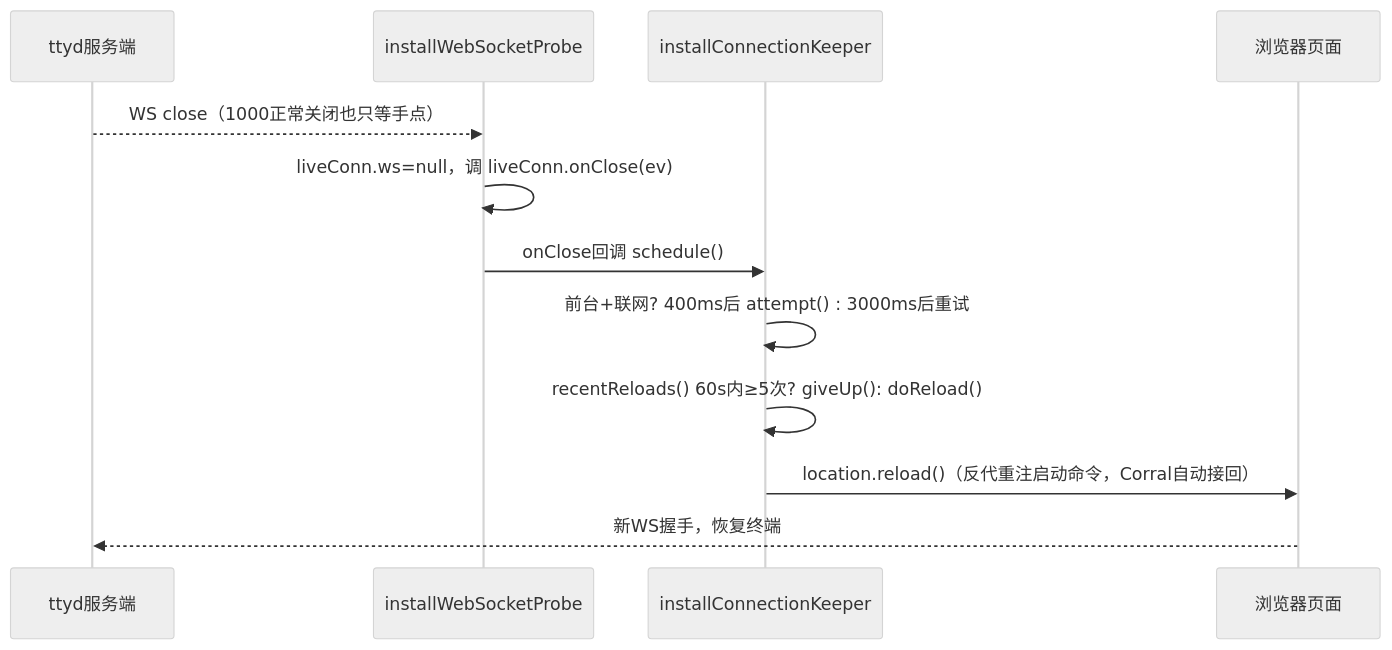
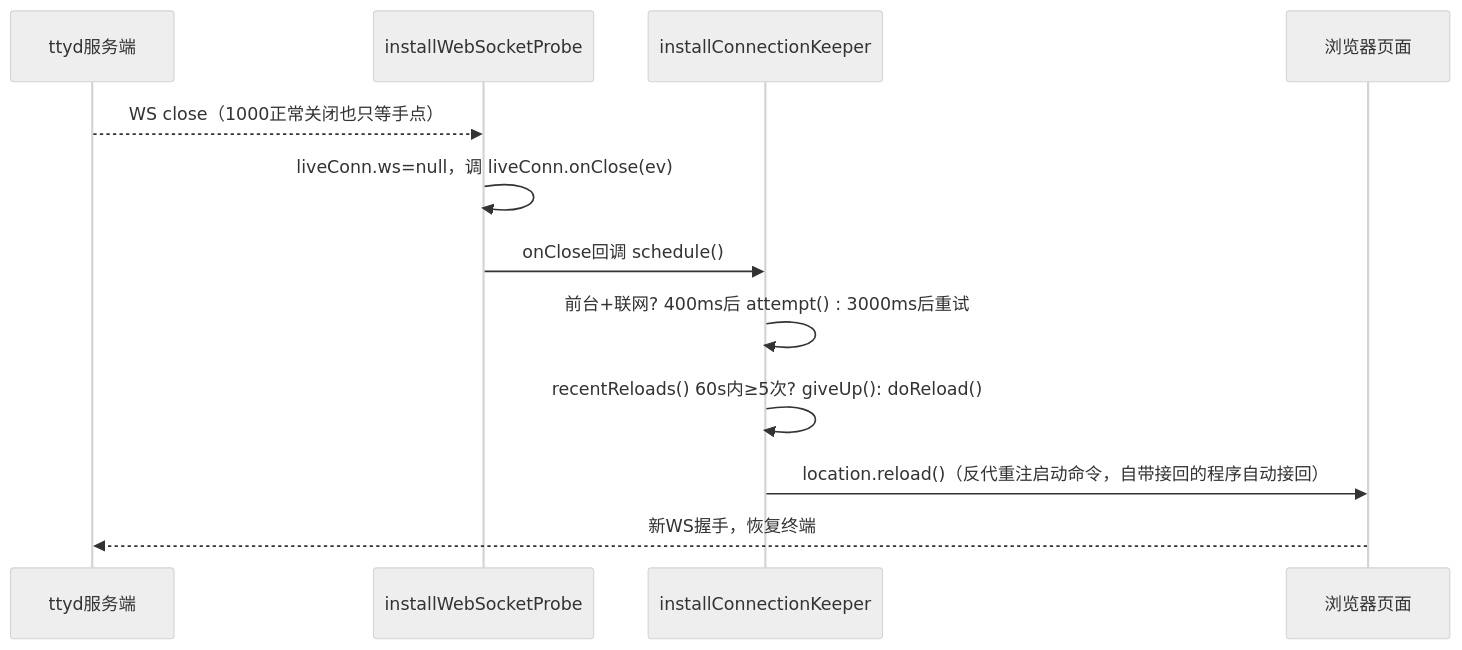
One commit to x0c/shell-gate changed the second of 2 diagrams in docs/WORKSPACE_FRONTEND_KNOWLEDGE_BASE.md. Above: the diagram before and after it, drawn with Mermaid (neutral theme). The commit also changed other lines of this file and 27 other files, not shown here.

````diff
--- a/docs/WORKSPACE_FRONTEND_KNOWLEDGE_BASE.md
+++ b/docs/WORKSPACE_FRONTEND_KNOWLEDGE_BASE.md
@@ -73,14 +73,14 @@
 ```mermaid
 sequenceDiagram
     participant S as ttyd服务端
     participant P as installWebSocketProbe
     participant K as installConnectionKeeper
     participant B as 浏览器页面
     S-->>P: WS close（1000正常关闭也只等手点）
     P->>P: liveConn.ws=null，调 liveConn.onClose(ev)
     P->>K: onClose回调 schedule()
     K->>K: 前台+联网? 400ms后 attempt() : 3000ms后重试
     K->>K: recentReloads() 60s内≥5次? giveUp(): doReload()
-    K->>B: location.reload()（反代重注启动命令，Corral自动接回）
+    K->>B: location.reload()（反代重注启动命令，自带接回的程序自动接回）
     B-->>S: 新WS握手，恢复终端
 ```
````
